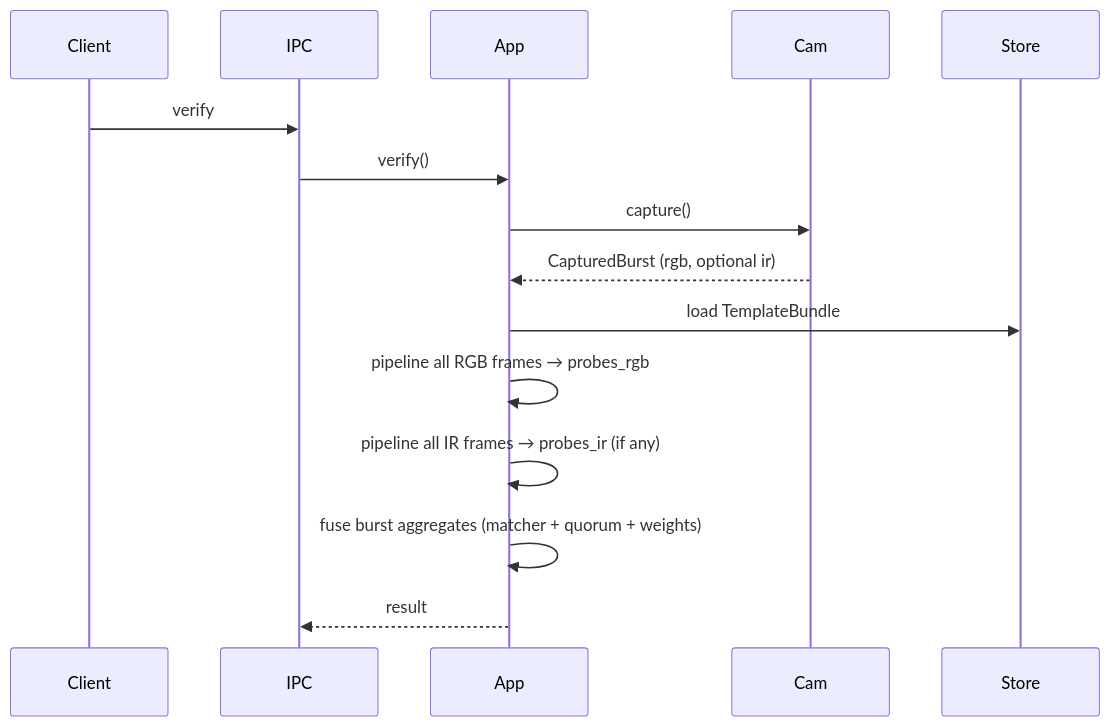
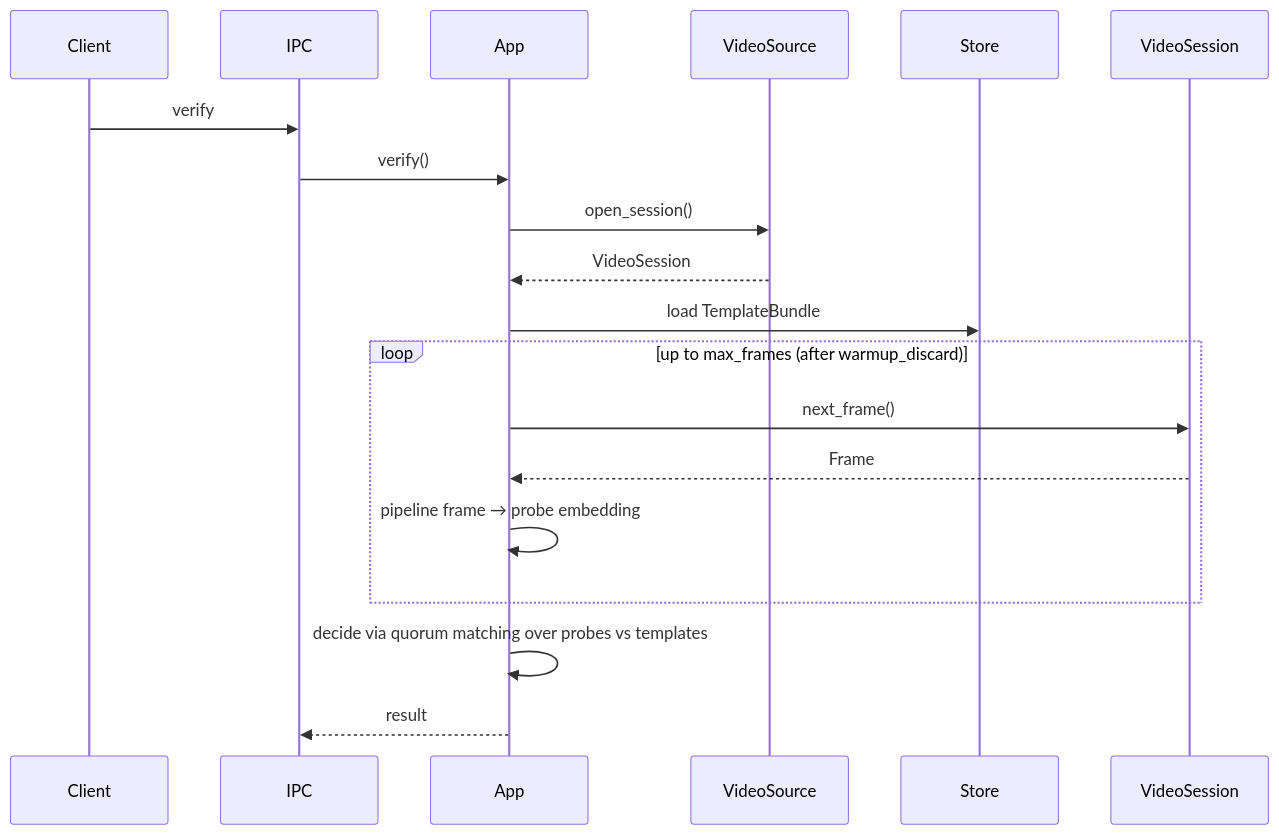
One commit to adilsaid64/trueid changed the diagram in docs/architecture.md. Above: the diagram before and after it, drawn with Mermaid. The commit also changed other lines of this file, not shown here.

````diff
--- a/docs/architecture.md
+++ b/docs/architecture.md
@@ -44,14 +44,17 @@
 ```mermaid
 sequenceDiagram
     Client->>IPC: verify
     IPC->>App: verify()
 
-    App->>Cam: capture()
-    Cam-->>App: CapturedBurst (rgb, optional ir)
+    App->>VideoSource: open_session()
+    VideoSource-->>App: VideoSession
 
     App->>Store: load TemplateBundle
-    App->>App: pipeline all RGB frames → probes_rgb
-    App->>App: pipeline all IR frames → probes_ir (if any)
-    App->>App: fuse burst aggregates (matcher + quorum + weights)
+    loop up to max_frames (after warmup_discard)
+        App->>VideoSession: next_frame()
+        VideoSession-->>App: Frame
+        App->>App: pipeline frame → probe embedding
+    end
+    App->>App: decide via quorum matching over probes vs templates
     App-->>IPC: result
 ```
````
